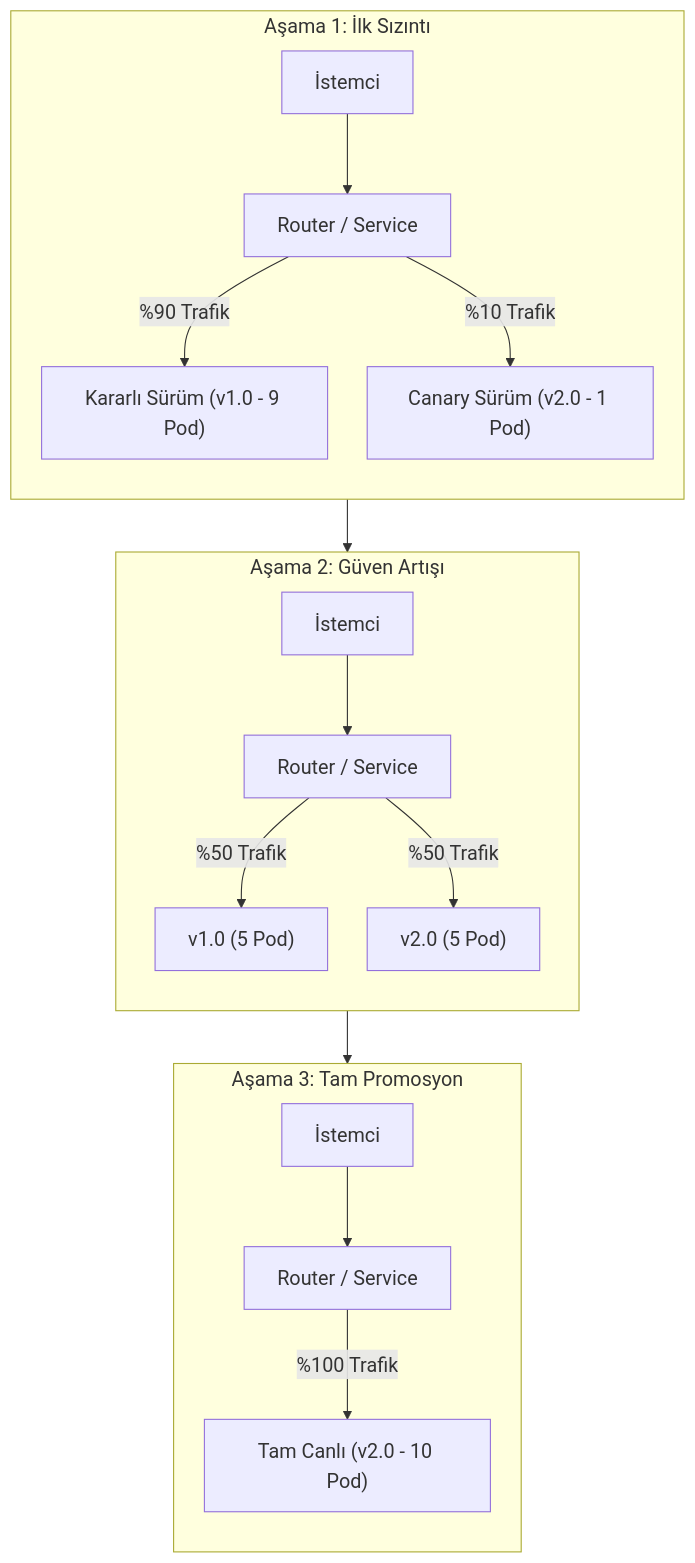
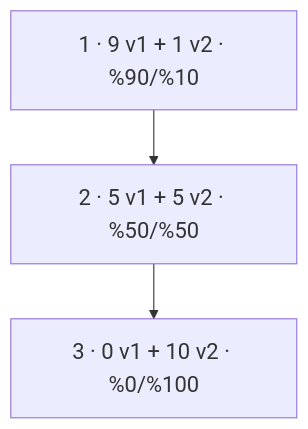
Before and after one commit to MTugce/k8s-labs: the fourth of 4 diagrams in lab-08-deployment-strategies/README.md, drawn with Mermaid. The commit also changed other lines of this file, not shown here.

Commit message:
Avoid lazy rendering for Lab 8 Mermaid diagrams

````diff
--- a/lab-08-deployment-strategies/README.md
+++ b/lab-08-deployment-strategies/README.md
@@ -453,24 +411,7 @@
 ```mermaid
-%%{init: {'themeVariables': {'fontSize': '18px'}, 'flowchart': {'nodeSpacing': 36, 'rankSpacing': 48}}}%%
+%%{init: {'themeVariables': {'fontSize': '20px'}}}%%
 flowchart TB
   accTitle: Canary trafik aşamaları
-  accDescr: Yeni sürüme ayrılan trafiğin kademeli biçimde artırılmasını gösterir.
-  subgraph C_Phase1["Aşama 1: İlk Sızıntı"]
-    direction TB
-    CLI1["İstemci"] --> LB1["Router / Service"]
-    LB1 -->|%90 Trafik| V1_STABLE["Kararlı Sürüm (v1.0 - 9 Pod)"]
-    LB1 -->|%10 Trafik| V2_CANARY["Canary Sürüm (v2.0 - 1 Pod)"]
-  end
-  subgraph C_Phase2["Aşama 2: Güven Artışı"]
-    direction TB
-    CLI2["İstemci"] --> LB2["Router / Service"]
-    LB2 -->|%50 Trafik| V1_50["v1.0 (5 Pod)"]
-    LB2 -->|%50 Trafik| V2_50["v2.0 (5 Pod)"]
-  end
-  subgraph C_Phase3["Aşama 3: Tam Promosyon"]
-    direction TB
-    CLI3["İstemci"] --> LB3["Router / Service"]
-    LB3 -->|%100 Trafik| V2_FULL["Tam Canlı (v2.0 - 10 Pod)"]
-  end
-  C_Phase1 --> C_Phase2 --> C_Phase3
+  accDescr: Canary v2 pod oranı 1'den 10'a yükselirken trafik payının kademeli artışını gösterir.
+  A["1 · 9 v1 + 1 v2 · %90/%10"] --> B["2 · 5 v1 + 5 v2 · %50/%50"] --> C["3 · 0 v1 + 10 v2 · %0/%100"]
 ```
````
